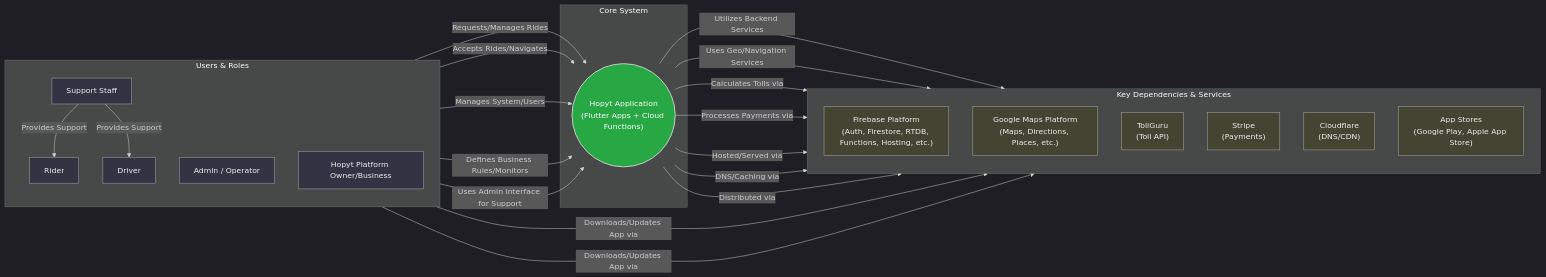
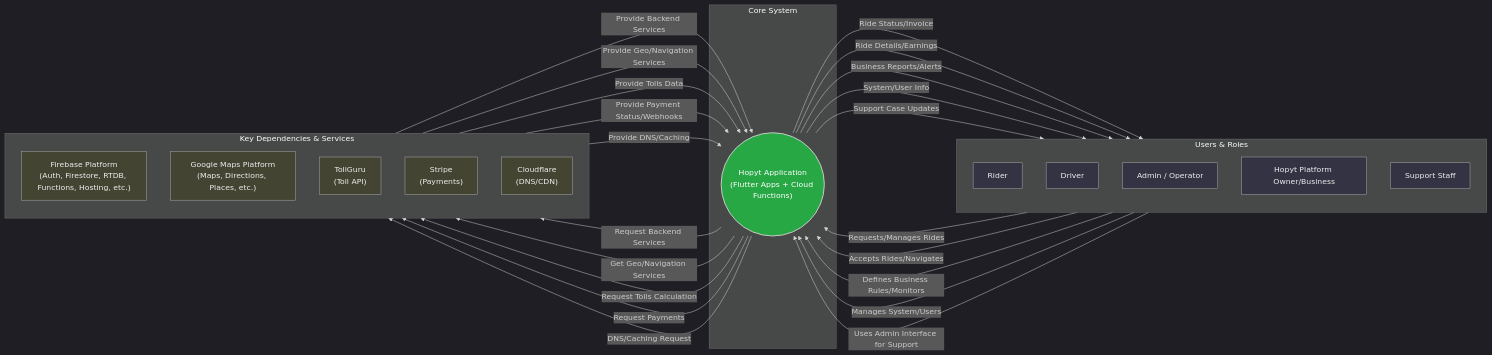
The diagram in Hopyt/StakeholderMap.md (vikivyas/Architect), drawn with Mermaid before and after one commit.

````diff
--- a/Hopyt/StakeholderMap.md
+++ b/Hopyt/StakeholderMap.md
@@ -5,70 +5,62 @@
 ```mermaid
 %%{init: {'theme': 'dark'}}%%
 %% Graph direction LR (Left to Right) for horizontal flow
 graph LR
     %% Define groups (subgraphs) for clarity.
-    %% Note: Direct pixel sizing/precise alignment/font size control is limited in standard Mermaid.
-    %% Layout is primarily automatic based on content and graph direction.
-
     subgraph "Users & Roles"
-        direction TB %% Arrange users Top-to-Bottom within their box
+        direction TB
         R["Rider"]
         D["Driver"]
         A["Admin / Operator"]
         O["Hopyt Platform Owner/Business"]
         S["Support Staff"]
     end
 
     subgraph "Core System"
-        %% Using quotes for multi-line text. Ensure quotes are used for \n to work.
         H(("Hopyt Application\n(Flutter Apps + Cloud Functions)"))
     end
 
     subgraph "Key Dependencies & Services"
-        direction TB %% Arrange dependencies Top-to-Bottom within their box
-        %% Using quotes for multi-line text. Ensure quotes are used for \n to work.
+        direction TB
         FB["Firebase Platform\n(Auth, Firestore, RTDB, Functions, Hosting, etc.)"]
         GM["Google Maps Platform\n(Maps, Directions, Places, etc.)"]
         TG["TollGuru\n(Toll API)"]
         ST["Stripe\n(Payments)"]
         CF["Cloudflare\n(DNS/CDN)"]
-        AS["App Stores\n(Google Play, Apple App Store)"]
     end
 
-    %% Define Interactions and Relationships
+    %% Define Interactions and Relationships (User's Flow - Cleaned)
 
-    %% User Interactions with Hopyt Core System
+    %% User -> System Interactions
     R -- Requests/Manages Rides --> H
     D -- Accepts Rides/Navigates --> H
+    O -- Defines Business Rules/Monitors --> H
     A -- Manages System/Users --> H
-    O -- Defines Business Rules/Monitors --> H
     S -- Uses Admin Interface for Support --> H
 
-    %% Support Staff Interactions with Users (Keep these direct links for clarity)
-    S -- Provides Support --> R
-    S -- Provides Support --> D
+    %% System -> User Interactions
+    H -- Ride Status/Invoice --> R
+    H -- Ride Details/Earnings --> D
+    H -- Business Reports/Alerts --> O
+    H -- System/User Info --> A
+    H -- Support Case Updates --> S
 
-    %% Hopyt System Dependencies
-    H -- Utilizes Backend Services --> FB
-    H -- Uses Geo/Navigation Services --> GM
-    H -- Calculates Tolls via --> TG
-    H -- Processes Payments via --> ST
-    %% Moved comment to its own line for compatibility
-    %% Firebase Hosting is part of the Firebase Platform
-    H -- Hosted/Served via --> FB
-    H -- DNS/Caching via --> CF
-    H -- Distributed via --> AS
+    %% System <-> Dependency Interactions
+    H -- Request Backend Services --> FB
+    FB -- Provide Backend Services --> H
+    H -- Get Geo/Navigation Services --> GM
+    GM -- Provide Geo/Navigation Services --> H
+    H -- Request Tolls Calculation --> TG
+    TG -- Provide Tolls Data --> H
+    H -- Request Payments --> ST
+    ST -- Provide Payment Status/Webhooks --> H
+    H -- DNS/Caching Request --> CF
+    CF -- Provide DNS/Caching --> H
 
-    %% User Interactions with Distribution/External (Directly linking users to App Stores)
-    R -- Downloads/Updates App via --> AS
-    D -- Downloads/Updates App via --> AS
-
-    %% Style nodes (optional, but can enhance readability)
-    %% Specific styling overrides the theme. Using a green background and white text for the Core System.
+    %% Style nodes
     style H fill:#28a745,stroke:#ccc,stroke-width:2px,color:#ffffff
-    %% General styling for user and service nodes for dark theme contrast
     classDef user fill:#334,stroke:#aaa,stroke-width:1px,color:#eee;
     classDef service fill:#443,stroke:#aaa,stroke-width:1px,color:#eee;
     class R,D,A,O,S user;
-    class FB,GM,TG,ST,CF,AS service;
+    class FB,GM,TG,ST,CF service;
 ```
````
